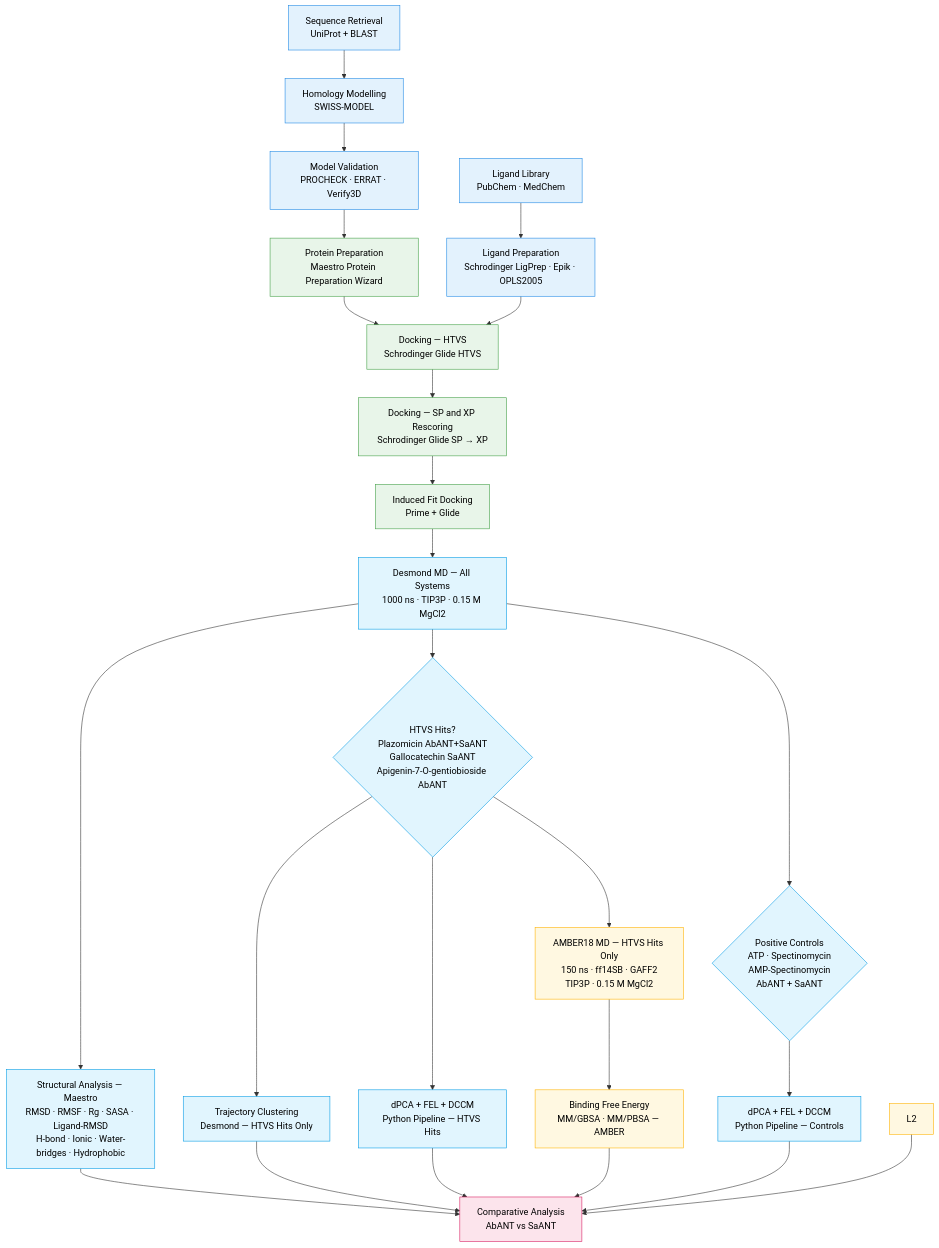
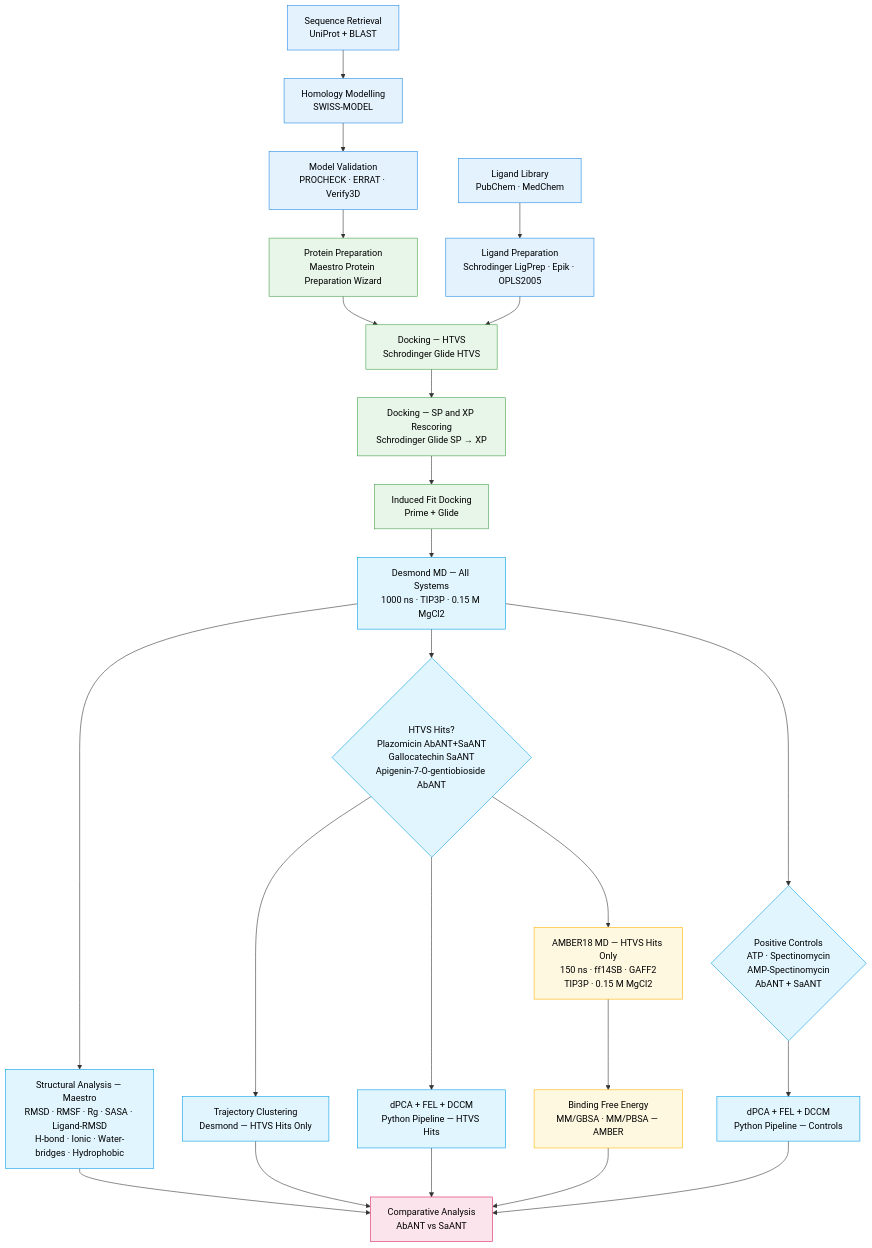
The diagram in METHODS.md (Menzisk/ANT-MDS-Analysis), drawn with Mermaid before and after one commit.

Commit message:
Remove class L2 from amber class declaration
Removed class L2 from the amber class declaration.

````diff
--- a/METHODS.md
+++ b/METHODS.md
@@ -9,59 +9,58 @@
 ```mermaid
 flowchart TD
 
 %% --- STYLES ---
 classDef prep     fill:#E3F2FD,stroke:#1E88E5,color:#000;
 classDef dock     fill:#E8F5E9,stroke:#43A047,color:#000;
 classDef desmond  fill:#E1F5FE,stroke:#039BE5,color:#000;
 classDef amber    fill:#FFF8E1,stroke:#FFB300,color:#000;
 classDef analysis fill:#FFF3E0,stroke:#FB8C00,color:#000;
 classDef final    fill:#FCE4EC,stroke:#D81B60,color:#000;
 
 %% --- SEQUENCE & MODELLING ---
 A[Sequence Retrieval<br/>UniProt + BLAST] --> B[Homology Modelling<br/>SWISS-MODEL]
 B --> C[Model Validation<br/>PROCHECK · ERRAT · Verify3D]
 
 %% --- LIGAND PREPARATION ---
 D[Ligand Library<br/>PubChem · MedChem] --> E[Ligand Preparation<br/>Schrodinger LigPrep · Epik · OPLS2005]
 
 %% --- PROTEIN PREPARATION & DOCKING ---
 C --> F[Protein Preparation<br/>Maestro Protein Preparation Wizard]
 E --> G[Docking — HTVS<br/>Schrodinger Glide HTVS]
 F --> G
 G --> G2[Docking — SP and XP Rescoring<br/>Schrodinger Glide SP → XP]
 G2 --> H[Induced Fit Docking<br/>Prime + Glide]
 
 %% --- DESMOND 1000 ns (ALL SYSTEMS) ---
 H --> I[Desmond MD — All Systems<br/>1000 ns · TIP3P · 0.15 M MgCl2]
 
 %% --- DESMOND STRUCTURAL ANALYSIS (ALL SYSTEMS) ---
 I --> J[Structural Analysis — Maestro<br/>RMSD · RMSF · Rg · SASA · Ligand-RMSD<br/>H-bond · Ionic · Water-bridges · Hydrophobic]
 
 %% --- DESMOND HTVS HITS ONLY ---
 I --> K{HTVS Hits?<br/>Plazomicin AbANT+SaANT<br/>Gallocatechin SaANT<br/>Apigenin-7-O-gentiobioside AbANT}
 K --> K1[Trajectory Clustering<br/>Desmond — HTVS Hits Only]
 K --> K2[dPCA + FEL + DCCM<br/>Python Pipeline — HTVS Hits]
 
 %% --- DESMOND POSITIVE CONTROLS ---
 I --> PC{Positive Controls<br/>ATP · Spectinomycin<br/>AMP-Spectinomycin<br/>AbANT + SaANT}
 PC --> PC1[dPCA + FEL + DCCM<br/>Python Pipeline — Controls]
 
 %% --- AMBER 150 ns (HTVS HITS ONLY) ---
 K --> L[AMBER18 MD — HTVS Hits Only<br/>150 ns · ff14SB · GAFF2<br/>TIP3P · 0.15 M MgCl2]
 L --> L1[Binding Free Energy<br/>MM/GBSA · MM/PBSA — AMBER]
 
 %% --- COMPARATIVE OUTPUT ---
 K1 --> M[Comparative Analysis<br/>AbANT vs SaANT]
 K2 --> M
 PC1 --> M
 L1 --> M
-L2 --> M
 J --> M
 
 %% --- CLASS ASSIGNMENT ---
 class A,B,C,D,E prep;
 class F,G,G2,H dock;
 class I,J,K,K1,K2,PC,PC1 desmond;
-class L,L1,L2 amber;
+class L,L1 amber;
 class M final;
 ```
````
